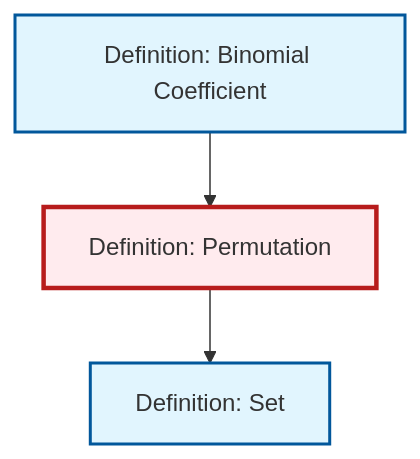
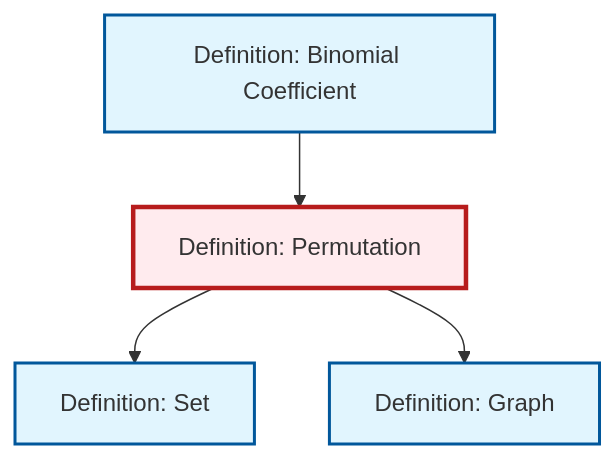
The diagram in content/en/combinatorics/def-permutation.qmd (RK0429/ModernMath), drawn with Mermaid before and after one commit. The commit also changed 434 other files, not shown here.

````diff
--- a/content/en/combinatorics/def-permutation.qmd
+++ b/content/en/combinatorics/def-permutation.qmd
@@ -51,17 +51,20 @@
 ```{mermaid}
 %%| fig-cap: "Local dependency graph"
 graph TD
     classDef definition fill:#e1f5fe,stroke:#01579b,stroke-width:2px
     classDef theorem fill:#f3e5f5,stroke:#4a148c,stroke-width:2px
     classDef axiom fill:#fff3e0,stroke:#e65100,stroke-width:2px
     classDef example fill:#e8f5e9,stroke:#1b5e20,stroke-width:2px
     classDef current fill:#ffebee,stroke:#b71c1c,stroke-width:3px
+    def-set["Definition: Set"]:::definition
+    def-graph["Definition: Graph"]:::definition
+    def-permutation["Definition: Permutation"]:::definition
     def-binomial-coefficient["Definition: Binomial Coefficient"]:::definition
-    def-permutation["Definition: Permutation"]:::definition
-    def-set["Definition: Set"]:::definition
+    def-binomial-coefficient --> def-permutation
     def-permutation --> def-set
-    def-binomial-coefficient --> def-permutation
+    def-permutation --> def-graph
     class def-permutation current
+    click def-set "def-set.html" "Go to Set definition"
+    click def-graph "def-graph.html" "Go to Graph definition"
     click def-binomial-coefficient "def-binomial-coefficient.html" "Go to Binomial Coefficient definition"
-    click def-set "def-set.html" "Go to Set definition"
 ```
````
